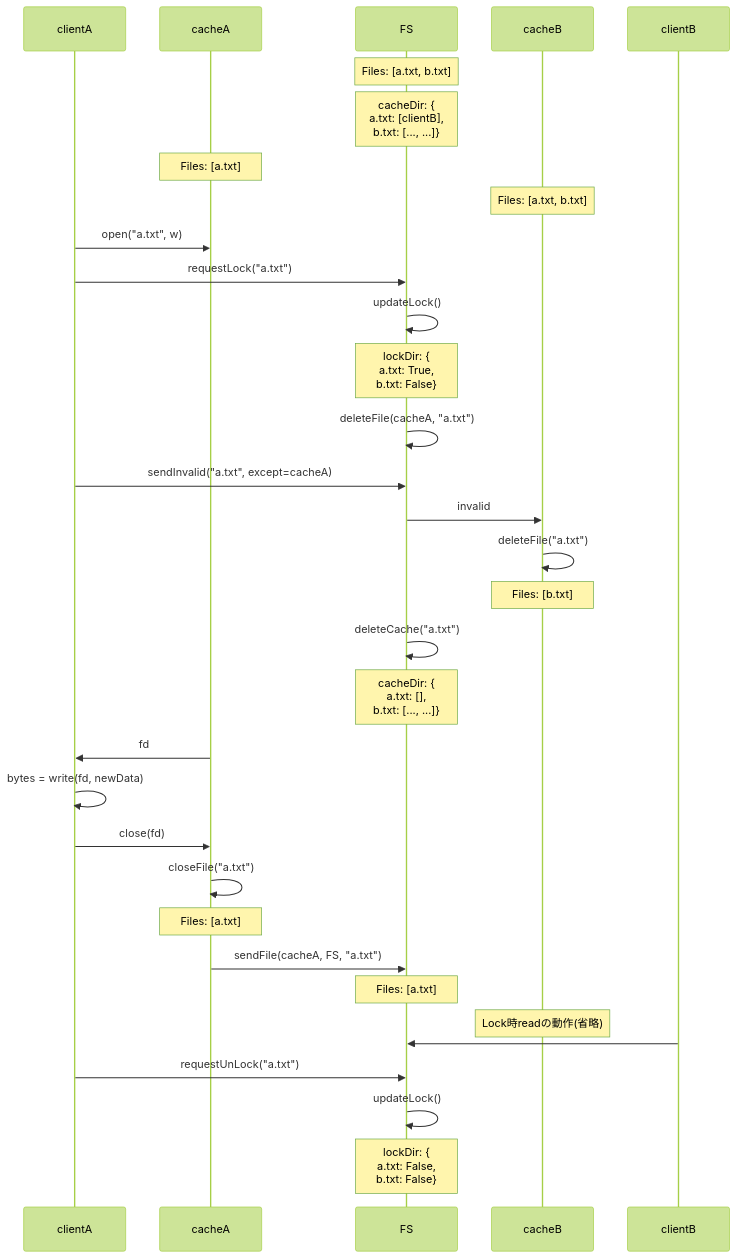
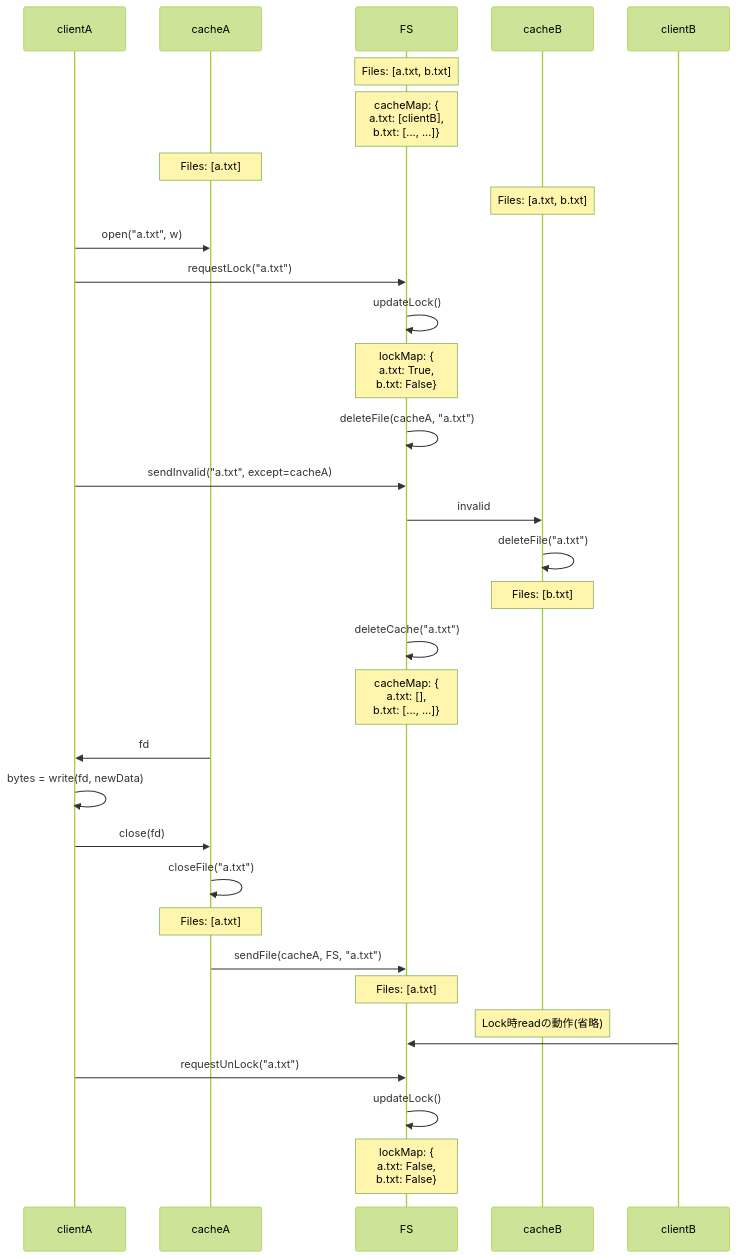
One commit to bishopfunc/os-b-dfs changed the fourth of 4 diagrams in README.md. Above: the diagram before and after it, drawn with Mermaid (forest theme). The commit also changed other lines of this file, not shown here.

Commit message:
Refactor lock and cache management

````diff
--- a/README.md
+++ b/README.md
@@ -129,42 +129,42 @@
 ```mermaid
 sequenceDiagram
     participant clientA as clientA
     participant cacheA as cacheA
     participant FS as FS
     participant cacheB as cacheB
     participant clientB as clientB
     Note over FS: Files: [a.txt, b.txt]
-    Note over FS: cacheDir: {<br>a.txt: [clientB], <br>b.txt: [..., ...]} 
+    Note over FS: cacheMap: {<br>a.txt: [clientB], <br>b.txt: [..., ...]} 
     Note over cacheA: Files: [a.txt]    
     Note over cacheB: Files: [a.txt, b.txt] 
 
     clientA->>cacheA: open("a.txt", w)
     clientA->>FS: requestLock("a.txt")
     FS->>FS :updateLock()
-    Note over FS: lockDir: {<br>a.txt: True, <br>b.txt: False} 
+    Note over FS: lockMap: {<br>a.txt: True, <br>b.txt: False} 
 
     FS->>FS: deleteFile(cacheA, "a.txt")
     clientA->>FS: sendInvalid("a.txt", except=cacheA)
     FS->>cacheB: invalid
     cacheB->>cacheB: deleteFile("a.txt")
     Note over cacheB: Files: [b.txt]
     FS->>FS: deleteCache("a.txt")
-    Note over FS: cacheDir: {<br>a.txt: [], <br>b.txt: [..., ...]} 
+    Note over FS: cacheMap: {<br>a.txt: [], <br>b.txt: [..., ...]} 
 
     cacheA->>clientA: fd
     clientA->>clientA: bytes = write(fd, newData)
     clientA->>cacheA: close(fd)
     cacheA->>cacheA: closeFile("a.txt")
     Note over cacheA: Files: [a.txt]
 
     cacheA->>FS: sendFile(cacheA, FS, "a.txt")
     Note over FS: Files: [a.txt]
 
     Note over cacheB: Lock時readの動作(省略)
     clientB->>FS: 
 
     clientA->>FS: requestUnLock("a.txt")
     FS->>FS :updateLock()
-    Note over FS: lockDir: {<br>a.txt: False, <br>b.txt: False} 
+    Note over FS: lockMap: {<br>a.txt: False, <br>b.txt: False} 
 
 ```
````
